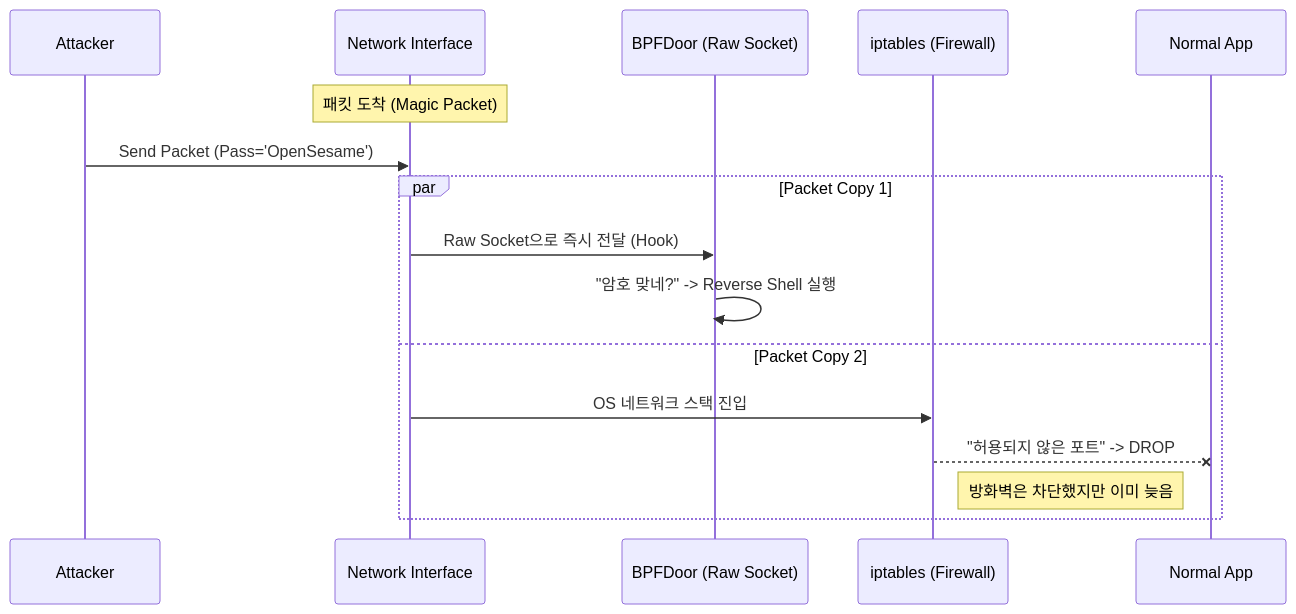
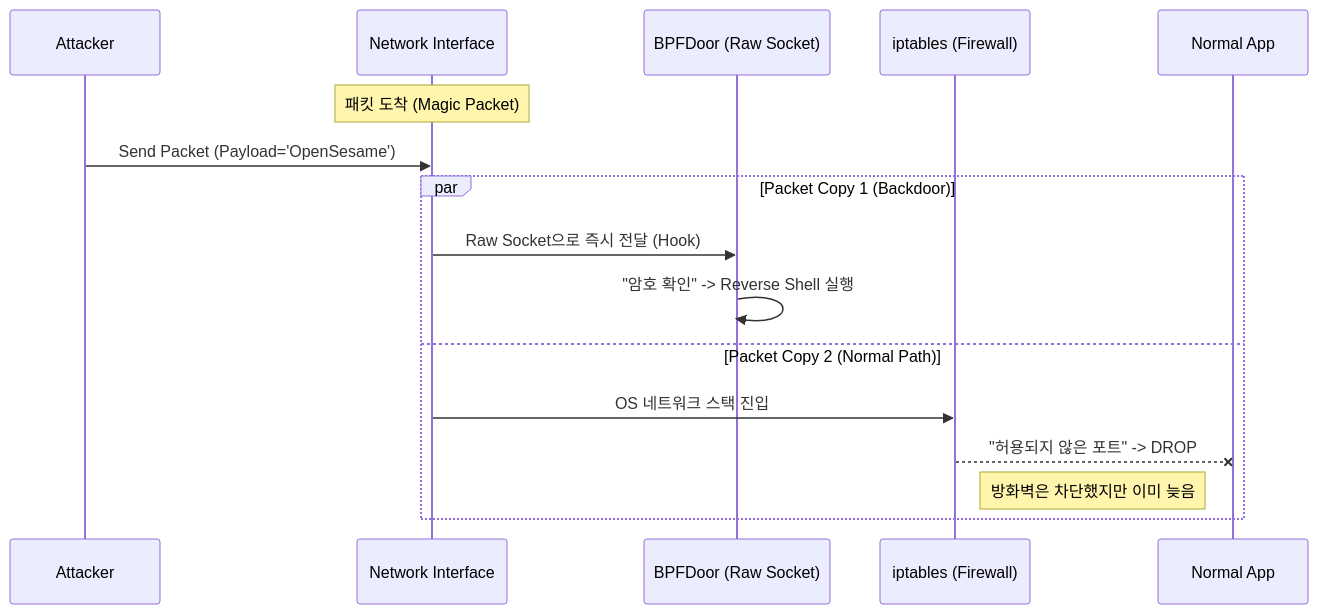
Before and after one commit to sportlight/sportlight.github.io: the diagram in _posts/2025-12-01-bpfdoor-analysis.md, drawn with Mermaid. The commit also changed other lines of this file, not shown here.

````diff
--- a/_posts/2025-12-01-bpfdoor-analysis.md
+++ b/_posts/2025-12-01-bpfdoor-analysis.md
@@ -48,20 +48,20 @@
 ```mermaid
 sequenceDiagram
     participant Attacker
     participant NIC as Network Interface
     participant BPF as BPFDoor (Raw Socket)
     participant IPTables as iptables (Firewall)
     participant App as Normal App
 
     Note over NIC: 패킷 도착 (Magic Packet)
-    Attacker->>NIC: Send Packet (Pass='OpenSesame')
+    Attacker->>NIC: Send Packet (Payload='OpenSesame')
     
-    par Packet Copy 1
+    par Packet Copy 1 (Backdoor)
         NIC->>BPF: Raw Socket으로 즉시 전달 (Hook)
-        BPF->>BPF: "암호 맞네?" -> Reverse Shell 실행
-    and Packet Copy 2
+        BPF->>BPF: "암호 확인" -> Reverse Shell 실행
+    and Packet Copy 2 (Normal Path)
         NIC->>IPTables: OS 네트워크 스택 진입
         IPTables--XApp: "허용되지 않은 포트" -> DROP
         Note right of IPTables: 방화벽은 차단했지만 이미 늦음
     end
 ```
````
